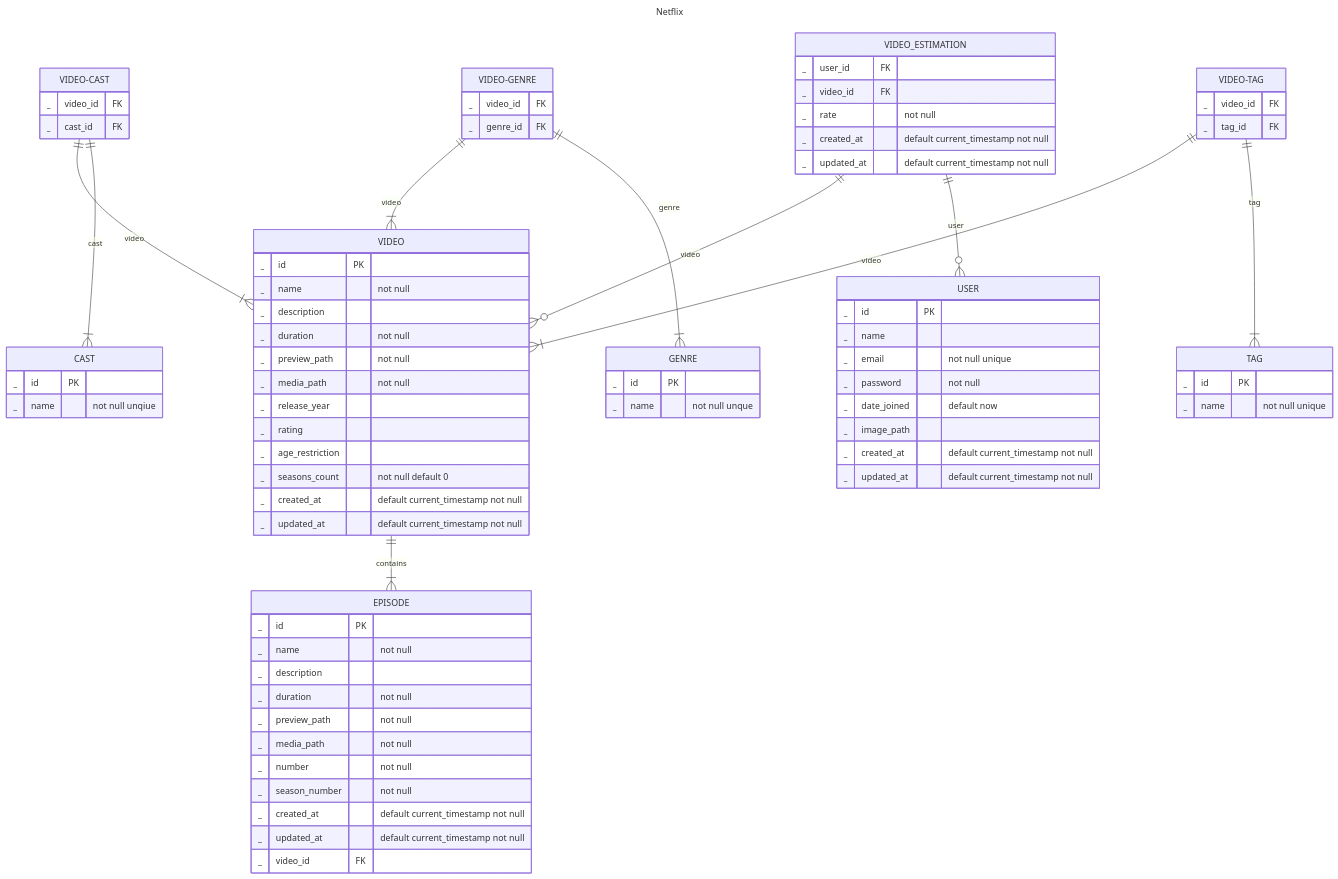
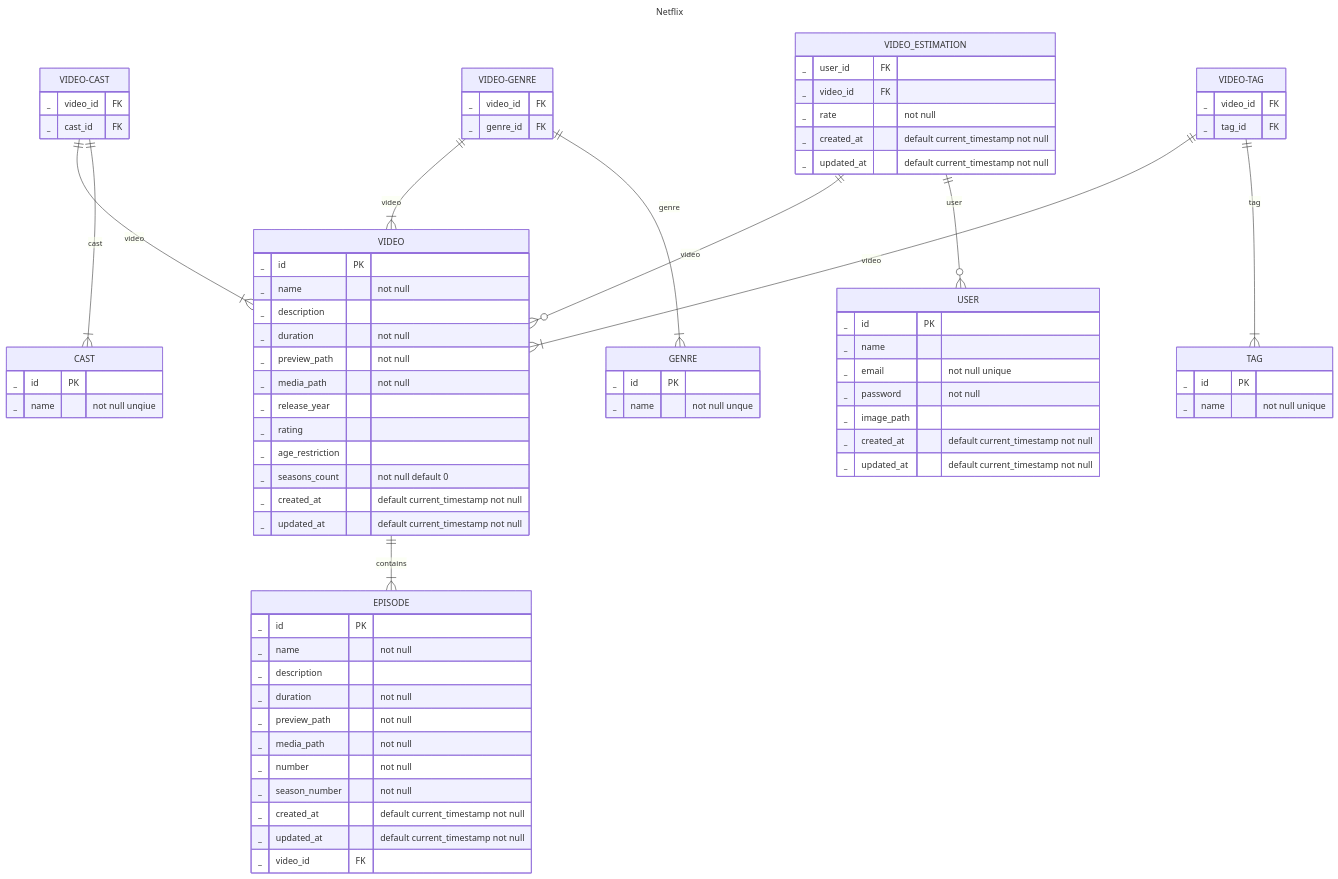
Before and after one commit to go-park-mail-ru/2023_2_Holi: the diagram in README.md, drawn with Mermaid.

```diff
--- a/README.md
+++ b/README.md
@@ -105,7 +105,6 @@
         _ name
         _ email "not null unique"
         _ password "not null"
-        _ date_joined "default now"
         _ image_path
         _ created_at "default current_timestamp not null"
         _ updated_at "default current_timestamp not null"
```
